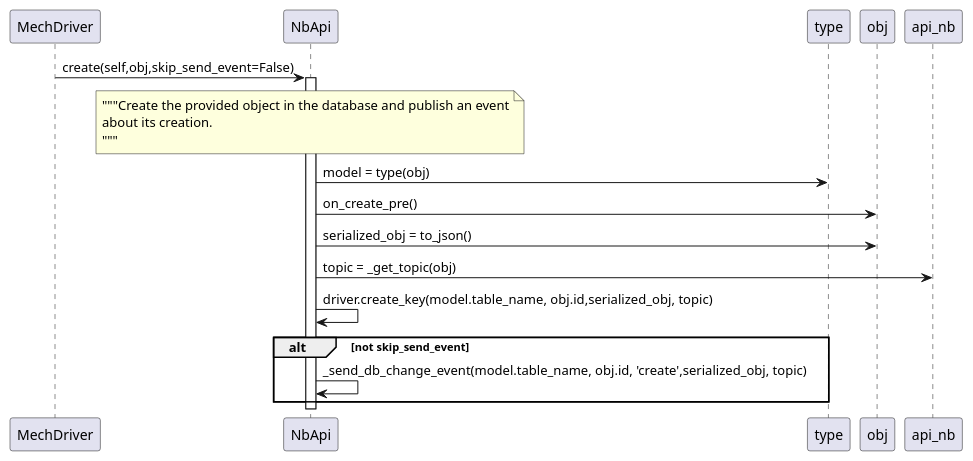
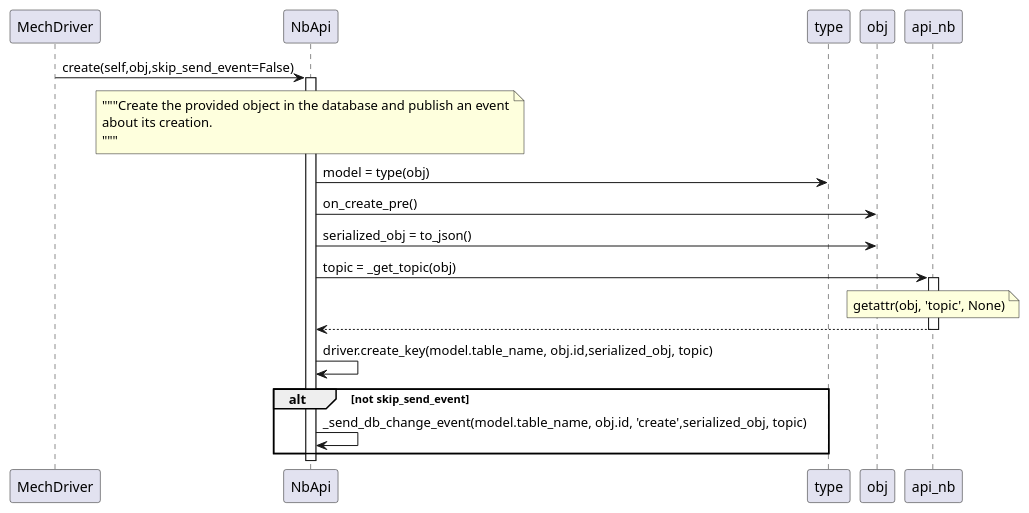
Before and after one commit to ChaosXu/dragonflow: the diagram in uml/db/api_nb/create.puml, drawn with PlantUML. The commit also changed 1 other file, not shown here.

Commit message:
add： uml

```diff
--- a/uml/db/api_nb/create.puml
+++ b/uml/db/api_nb/create.puml
@@ -1,18 +1,24 @@
 @startuml create obj
 MechDriver->NbApi:create(self,obj,skip_send_event=False)
 activate NbApi
 note over NbApi
     """Create the provided object in the database and publish an event
     about its creation.
     """
 end note
 NbApi->type:model = type(obj)
 NbApi->obj:on_create_pre()
 NbApi->obj:serialized_obj = to_json()
 NbApi->api_nb:topic = _get_topic(obj)
+activate api_nb
+note over api_nb
+    getattr(obj, 'topic', None)
+end note
+api_nb-->NbApi
+deactivate
 NbApi->NbApi:driver.create_key(model.table_name, obj.id,serialized_obj, topic)
 alt not skip_send_event
     NbApi->NbApi:_send_db_change_event(model.table_name, obj.id, 'create',serialized_obj, topic)
 end
 deactivate
 @enduml
```
